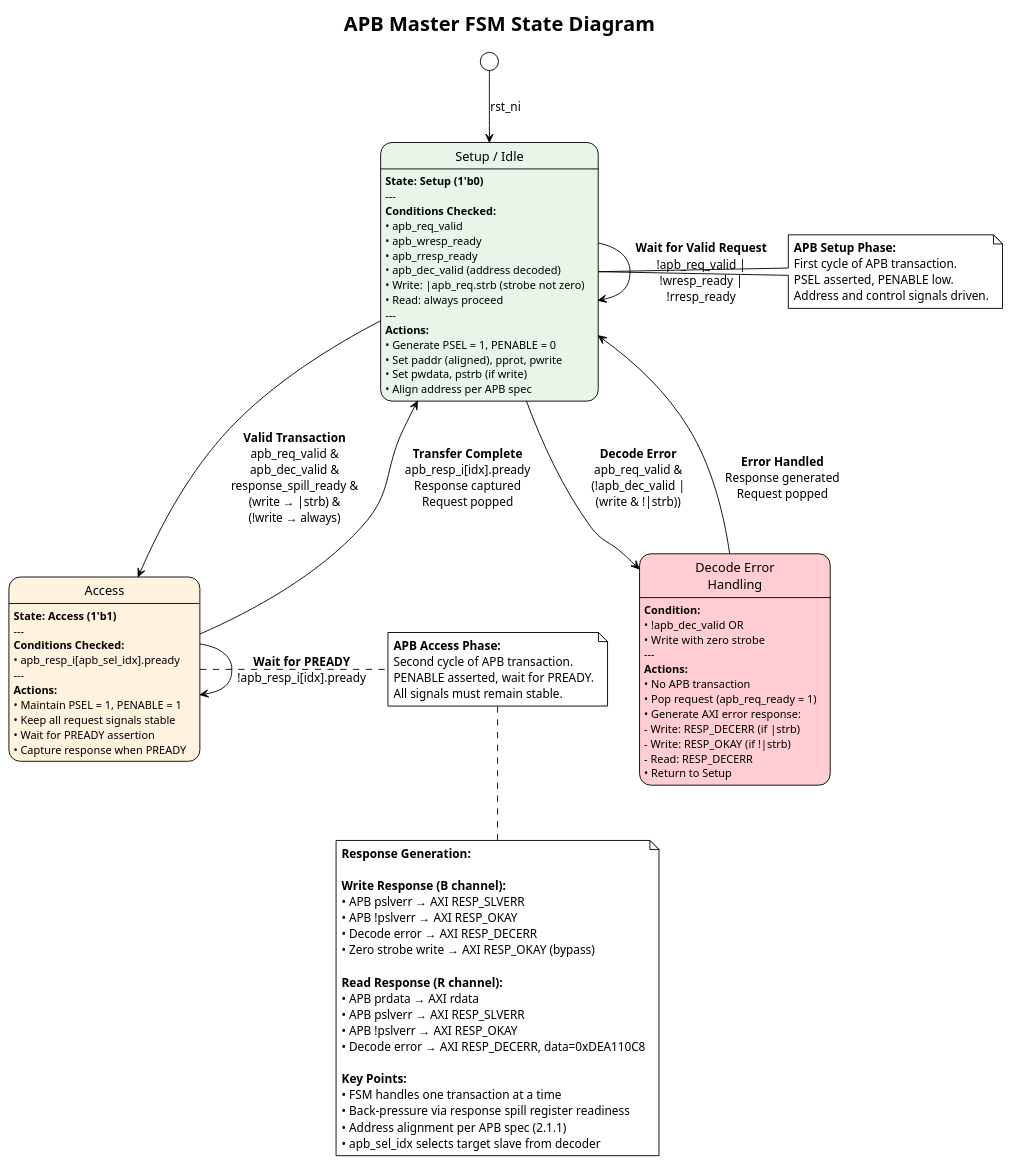
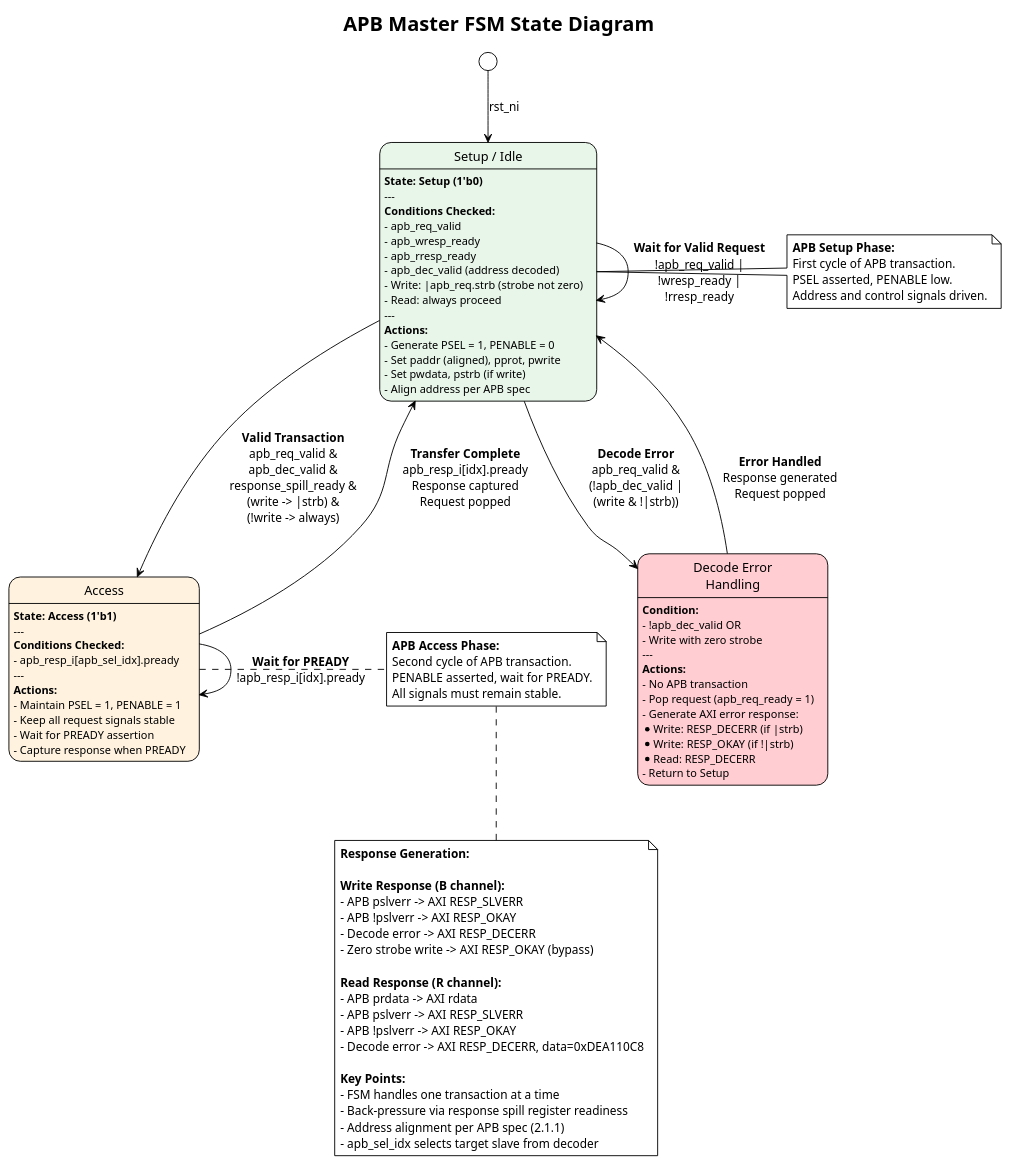
The diagram in docs/diagrams/axi_lite_to_apb_fsm.puml (npcarter2025/axi-apb-bridge-uvm), drawn with PlantUML before and after one commit. The commit also changed 5 other files, not shown here.

Commit message:
fixing artifacts in diagrams

```diff
--- a/docs/diagrams/axi_lite_to_apb_fsm.puml
+++ b/docs/diagrams/axi_lite_to_apb_fsm.puml
@@ -1,104 +1,104 @@
 @startuml axi_lite_to_apb_fsm
 !theme plain
 skinparam backgroundColor #FFFFFF
 skinparam shadowing false
 
 title APB Master FSM State Diagram
 
 state "Setup / Idle" as Setup #E8F5E9 {
     Setup : <b>State: Setup (1'b0)</b>
     Setup : ---
     Setup : <b>Conditions Checked:</b>
-    Setup : • apb_req_valid
-    Setup : • apb_wresp_ready
-    Setup : • apb_rresp_ready
-    Setup : • apb_dec_valid (address decoded)
-    Setup : • Write: |apb_req.strb (strobe not zero)
-    Setup : • Read: always proceed
+    Setup : - apb_req_valid
+    Setup : - apb_wresp_ready
+    Setup : - apb_rresp_ready
+    Setup : - apb_dec_valid (address decoded)
+    Setup : - Write: |apb_req.strb (strobe not zero)
+    Setup : - Read: always proceed
     Setup : ---
     Setup : <b>Actions:</b>
-    Setup : • Generate PSEL = 1, PENABLE = 0
-    Setup : • Set paddr (aligned), pprot, pwrite
-    Setup : • Set pwdata, pstrb (if write)
-    Setup : • Align address per APB spec
+    Setup : - Generate PSEL = 1, PENABLE = 0
+    Setup : - Set paddr (aligned), pprot, pwrite
+    Setup : - Set pwdata, pstrb (if write)
+    Setup : - Align address per APB spec
 }
 
 state "Access" as Access #FFF3E0 {
     Access : <b>State: Access (1'b1)</b>
     Access : ---
     Access : <b>Conditions Checked:</b>
-    Access : • apb_resp_i[apb_sel_idx].pready
+    Access : - apb_resp_i[apb_sel_idx].pready
     Access : ---
     Access : <b>Actions:</b>
-    Access : • Maintain PSEL = 1, PENABLE = 1
-    Access : • Keep all request signals stable
-    Access : • Wait for PREADY assertion
-    Access : • Capture response when PREADY
+    Access : - Maintain PSEL = 1, PENABLE = 1
+    Access : - Keep all request signals stable
+    Access : - Wait for PREADY assertion
+    Access : - Capture response when PREADY
 }
 
 state "Decode Error\nHandling" as DecErr #FFCDD2 {
     DecErr : <b>Condition:</b>
-    DecErr : • !apb_dec_valid OR
-    DecErr : • Write with zero strobe
+    DecErr : - !apb_dec_valid OR
+    DecErr : - Write with zero strobe
     DecErr : ---
     DecErr : <b>Actions:</b>
-    DecErr : • No APB transaction
-    DecErr : • Pop request (apb_req_ready = 1)
-    DecErr : • Generate AXI error response:
-    DecErr :   - Write: RESP_DECERR (if |strb)
-    DecErr :   - Write: RESP_OKAY (if !|strb)
-    DecErr :   - Read: RESP_DECERR
-    DecErr : • Return to Setup
+    DecErr : - No APB transaction
+    DecErr : - Pop request (apb_req_ready = 1)
+    DecErr : - Generate AXI error response:
+    DecErr :   * Write: RESP_DECERR (if |strb)
+    DecErr :   * Write: RESP_OKAY (if !|strb)
+    DecErr :   * Read: RESP_DECERR
+    DecErr : - Return to Setup
 }
 
 [*] --> Setup : rst_ni
 
-Setup --> Access : <b>Valid Transaction</b>\napb_req_valid &\napb_dec_valid &\nresponse_spill_ready &\n(write → |strb) &\n(!write → always)
+Setup --> Access : <b>Valid Transaction</b>\napb_req_valid &\napb_dec_valid &\nresponse_spill_ready &\n(write -> |strb) &\n(!write -> always)
 
 Setup --> DecErr : <b>Decode Error</b>\napb_req_valid &\n(!apb_dec_valid |\n(write & !|strb))
 
 DecErr --> Setup : <b>Error Handled</b>\nResponse generated\nRequest popped
 
 Access --> Setup : <b>Transfer Complete</b>\napb_resp_i[idx].pready\nResponse captured\nRequest popped
 
 Setup --> Setup : <b>Wait for Valid Request</b>\n!apb_req_valid |\n!wresp_ready |\n!rresp_ready
 
 Access --> Access : <b>Wait for PREADY</b>\n!apb_resp_i[idx].pready
 
 note right of Setup
     <b>APB Setup Phase:</b>
     First cycle of APB transaction.
     PSEL asserted, PENABLE low.
     Address and control signals driven.
 end note
 
 note right of Access
     <b>APB Access Phase:</b>
     Second cycle of APB transaction.
     PENABLE asserted, wait for PREADY.
     All signals must remain stable.
 end note
 
 note bottom
     <b>Response Generation:</b>
     
     <b>Write Response (B channel):</b>
-    • APB pslverr → AXI RESP_SLVERR
-    • APB !pslverr → AXI RESP_OKAY
-    • Decode error → AXI RESP_DECERR
-    • Zero strobe write → AXI RESP_OKAY (bypass)
+    - APB pslverr -> AXI RESP_SLVERR
+    - APB !pslverr -> AXI RESP_OKAY
+    - Decode error -> AXI RESP_DECERR
+    - Zero strobe write -> AXI RESP_OKAY (bypass)
     
     <b>Read Response (R channel):</b>
-    • APB prdata → AXI rdata
-    • APB pslverr → AXI RESP_SLVERR
-    • APB !pslverr → AXI RESP_OKAY
-    • Decode error → AXI RESP_DECERR, data=0xDEA110C8
+    - APB prdata -> AXI rdata
+    - APB pslverr -> AXI RESP_SLVERR
+    - APB !pslverr -> AXI RESP_OKAY
+    - Decode error -> AXI RESP_DECERR, data=0xDEA110C8
     
     <b>Key Points:</b>
-    • FSM handles one transaction at a time
-    • Back-pressure via response spill register readiness
-    • Address alignment per APB spec (2.1.1)
-    • apb_sel_idx selects target slave from decoder
+    - FSM handles one transaction at a time
+    - Back-pressure via response spill register readiness
+    - Address alignment per APB spec (2.1.1)
+    - apb_sel_idx selects target slave from decoder
 end note
 
 @enduml
```
